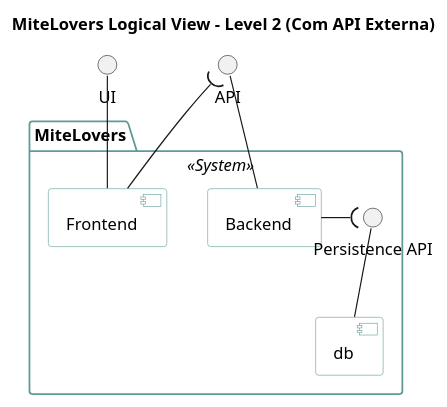
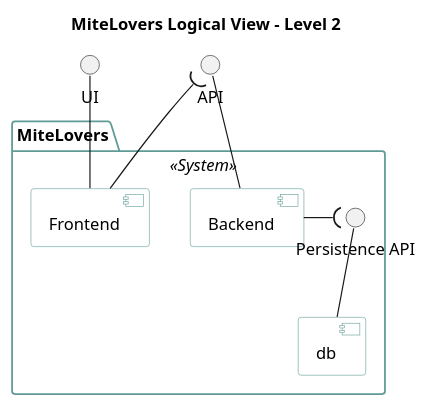
Before and after one commit to AndrePereiraGitH/SWitCH-Project-Team_A: the diagram in SprintReview/Sprint-7/LogicalViewLevel2.puml, drawn with PlantUML. The commit also changed 1 other file, not shown here.

Commit message:
refactor #1044: refactor logical views level 1 & 2

```diff
--- a/SprintReview/Sprint-7/LogicalViewLevel2.puml
+++ b/SprintReview/Sprint-7/LogicalViewLevel2.puml
@@ -1,41 +1,41 @@
 @startuml MiteLovers_Logical_View_L2_External_API
 
-title MiteLovers Logical View - Level 2 (Com API Externa)
+title MiteLovers Logical View - Level 2
 
 skinparam backgroundColor transparent
 skinparam component {
   BackgroundColor #FFFFFF
   BorderColor #5F9B96
 }
 skinparam package {
   BackgroundColor #FFFFFF
   BorderColor #5F9B96
 }
 
 
 interface "UI" as UI
 interface "API" as API
 
 package "MiteLovers" <<System>> {
   component "db" as db
   component "Backend" as Backend
   component "Frontend" as Frontend
 
 
   interface "Persistence API" as PersistenceAPI
 
 
   db -up- PersistenceAPI
   Backend -( PersistenceAPI
 }
 
 
 Backend -up- API
 
 
 Frontend -( API
 
 
 Frontend -up- UI
 
 @enduml
```
